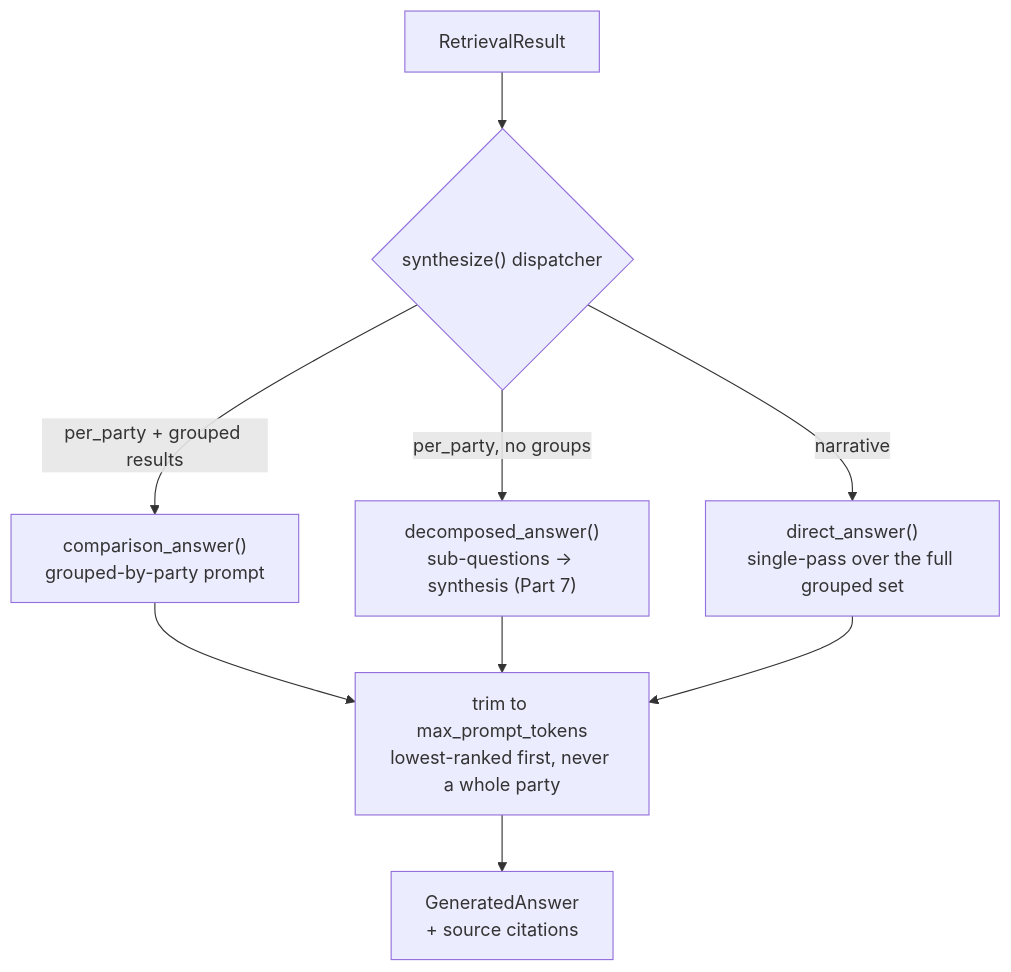
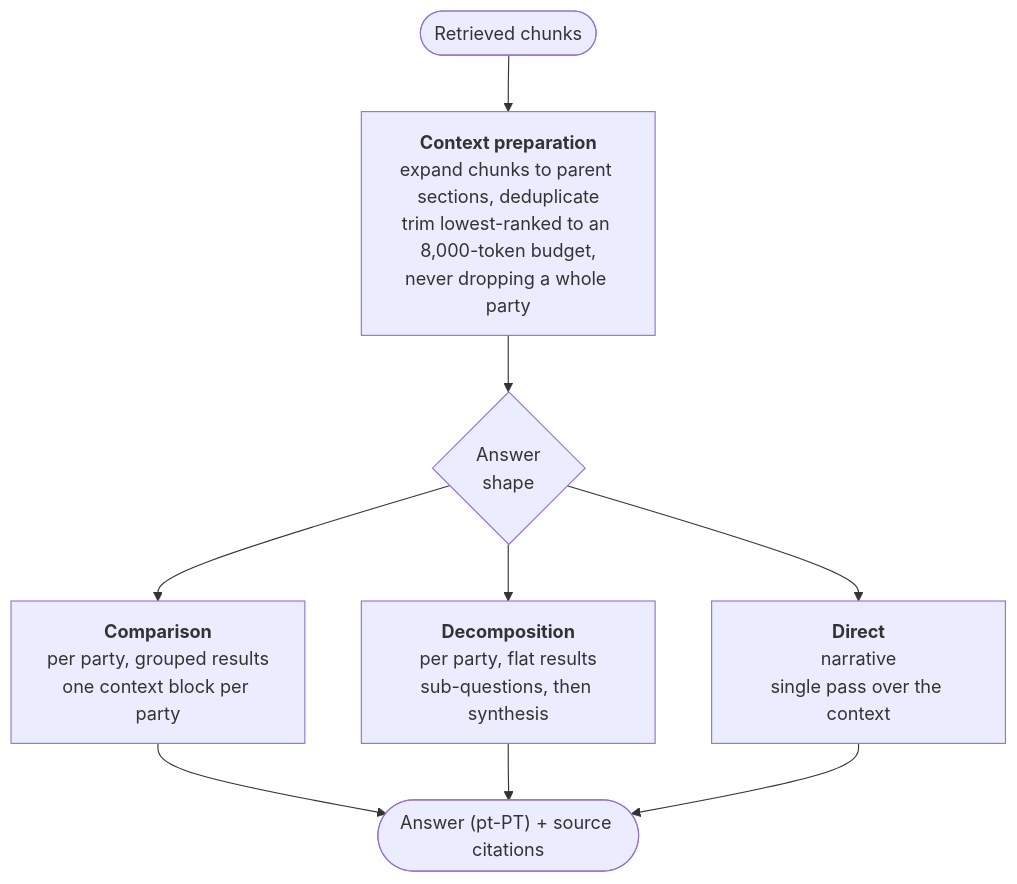
One commit to afonsoni/thesis changed the fourth of 5 diagrams in docs/architecture.md. Above: the diagram before and after it, drawn with Mermaid. The commit also changed other lines of this file and 7 other files, not shown here.

First line of the commit message:
docs(architecture): update the Mermaid diagrams and render them for the thesis

````diff
--- a/docs/architecture.md
+++ b/docs/architecture.md
@@ -137,11 +175,14 @@
 ```mermaid
 flowchart TD
-    RES["RetrievalResult"] --> D{"synthesize() dispatcher"}
-    D -->|"per_party + grouped results"| CMPA["comparison_answer()<br/>grouped-by-party prompt"]
-    D -->|"per_party, no groups"| DEC["decomposed_answer()<br/>sub-questions → synthesis (Part 7)"]
-    D -->|"narrative"| DIR["direct_answer()<br/>single-pass over the full grouped set"]
-    CMPA --> FIT["trim to max_prompt_tokens<br/>lowest-ranked first, never a whole party"]
-    DEC --> FIT
-    DIR --> FIT
-    FIT --> OUT["GeneratedAnswer<br/>+ source citations"]
+    IN(["Retrieved chunks"])
+    CTX["<b>Context preparation</b><br/>expand chunks to parent sections, deduplicate<br/>trim lowest-ranked to an 8,000-token budget,<br/>never dropping a whole party"]
+    D{"Answer<br/>shape"}
+    CMP["<b>Comparison</b><br/>per party, grouped results<br/>one context block per party"]
+    DEC["<b>Decomposition</b><br/>per party, flat results<br/>sub-questions, then synthesis"]
+    DIR["<b>Direct</b><br/>narrative<br/>single pass over the context"]
+    OUT(["Answer (pt-PT) + source citations"])
+
+    IN --> CTX --> D
+    D --> CMP & DEC & DIR
+    CMP & DEC & DIR --> OUT
 ```
````
